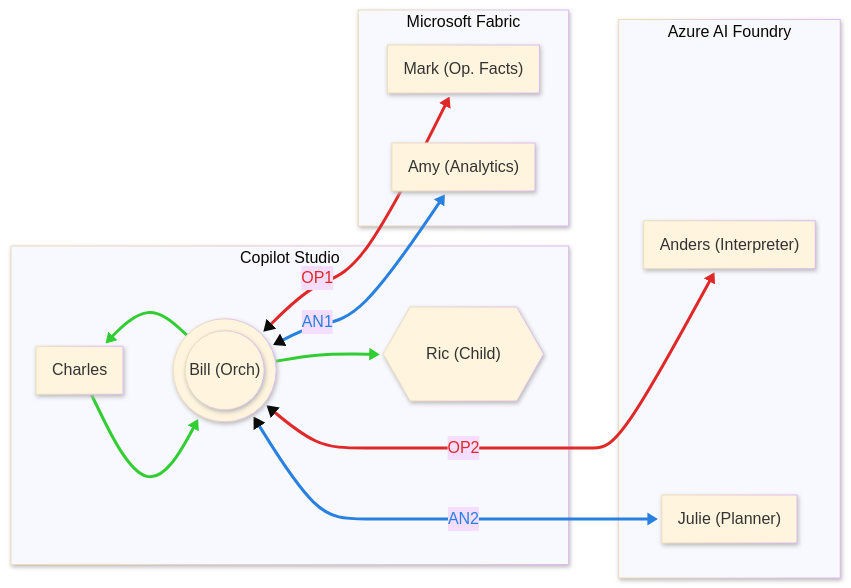
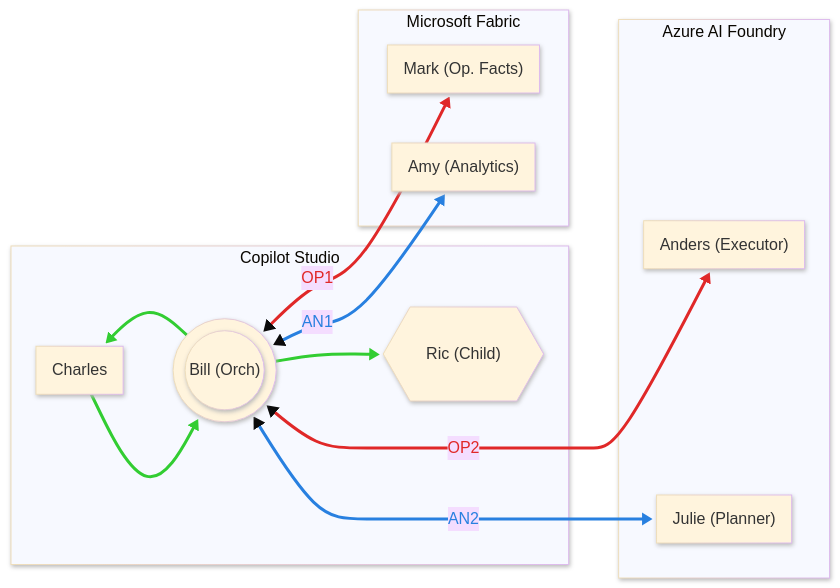
Before and after one commit to warnov/taller-multi-agentic: the diagram in assets/global-arch.mermaid, drawn with Mermaid (base theme). The commit also changed 17 other files, not shown here.

First line of the commit message:
feat: Implement Anders executor agent with OpenAPI integration

```diff
--- a/assets/global-arch.mermaid
+++ b/assets/global-arch.mermaid
@@ -1,42 +1,42 @@
 ---
 config:
   look: neo
 ---
 flowchart LR
 
   subgraph CS["Copilot Studio"]
     Charles["Charles"]
     Bill((("Bill (Orch)")))
     Ric{{"Ric (Child)"}}
   end
 
   subgraph MF["Microsoft Fabric"]
     Mark["Mark (Op. Facts)"]
     Amy["Amy (Analytics)"]
   end
 
   subgraph AF["Azure AI Foundry"]
-    Anders["Anders (Interpreter)"]
+    Anders["Anders (Executor)"]
     Julie["Julie (Planner)"]
   end
 
   %% Conexión invisible (Índice 0)
   MF ~~~ AF
 
   %% Conexiones
   Charles --> Bill
   Bill --> Charles
   Bill --> Ric
   Bill <-->|OP1| Mark
   Bill <-->|OP2| Anders
   Bill <-->|AN1| Amy
   Bill <-->|AN2| Julie
 
   %% Estilos Verdes: Internos CS (Charles y Ric)
   linkStyle 1,2,3 stroke:#32CD32,stroke-width:3px,color:#32CD32
   
   %% Estilos Rojos: Operativos (Mark y Anders)
   linkStyle 4,5 stroke:#E02828,stroke-width:3px,color:#E02828
   
   %% Estilos Azules: Analíticos (Amy y Julie)
   linkStyle 6,7 stroke:#2880E0,stroke-width:3px,color:#2880E0
```
